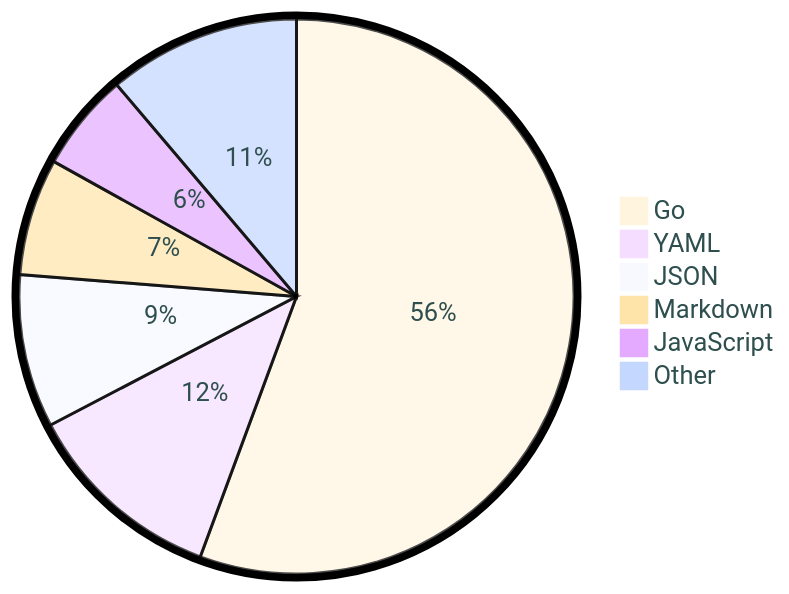
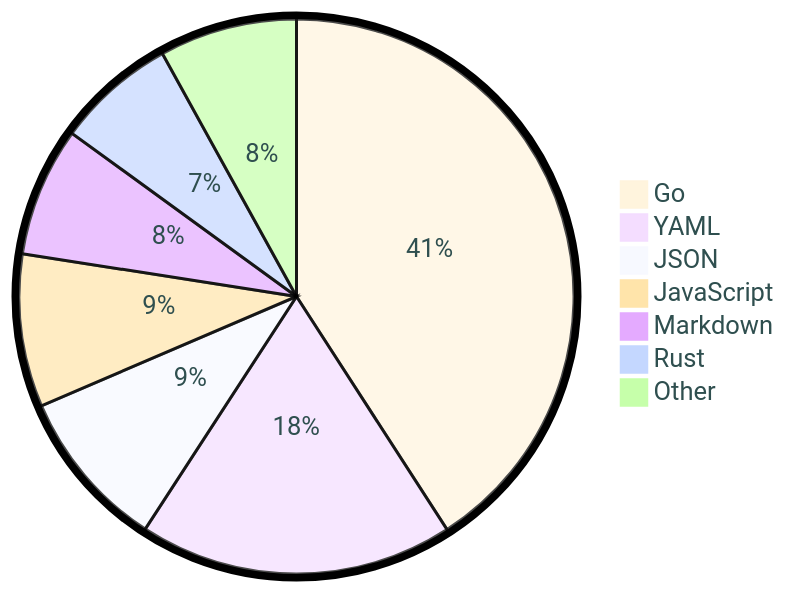
One commit to tot0p/tot0p changed the diagram in README.md. Above: the diagram before and after it, drawn with Mermaid. The commit also changed other lines of this file, not shown here.

````diff
--- a/README.md
+++ b/README.md
@@ -136,10 +132,11 @@
 ```mermaid
 %%{init: {"pie": {"textPosition": 0.5}, "themeVariables": {"pieOuterStrokeWidth": "5px","primaryTextColor" : "#2F4F4F"},"theme":"base"} }%%
 pie
-	"Go": 55.63
-	"YAML": 11.7
-	"JSON": 8.92
-	"Markdown": 6.82
-	"JavaScript": 5.72
-	"Other": 11.2
+	"Go": 40.88
+	"YAML": 18.31
+	"JSON": 9.38
+	"JavaScript": 8.91
+	"Markdown": 7.54
+	"Rust": 6.97
+	"Other": 8.03
 ```
````
